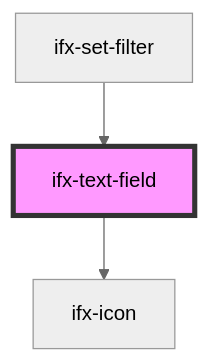
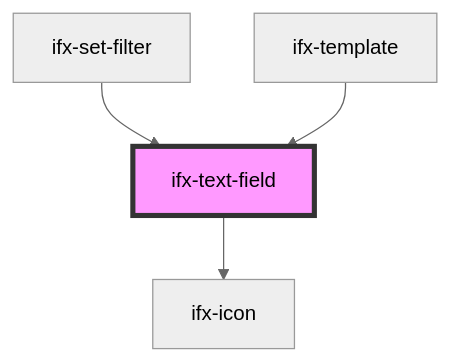
One commit to Infineon/infineon-design-system-stencil changed the diagram in packages/components/src/components/text-field/readme.md. Above: the diagram before and after it, drawn with Mermaid (neutral theme). The commit also changed other lines of this file and 4 other files, not shown here.

````diff
--- a/packages/components/src/components/text-field/readme.md
+++ b/packages/components/src/components/text-field/readme.md
@@ -57,6 +58,7 @@
 ```mermaid
 graph TD;
   ifx-text-field --> ifx-icon
   ifx-set-filter --> ifx-text-field
+  ifx-template --> ifx-text-field
   style ifx-text-field fill:#f9f,stroke:#333,stroke-width:4px
 ```
````
